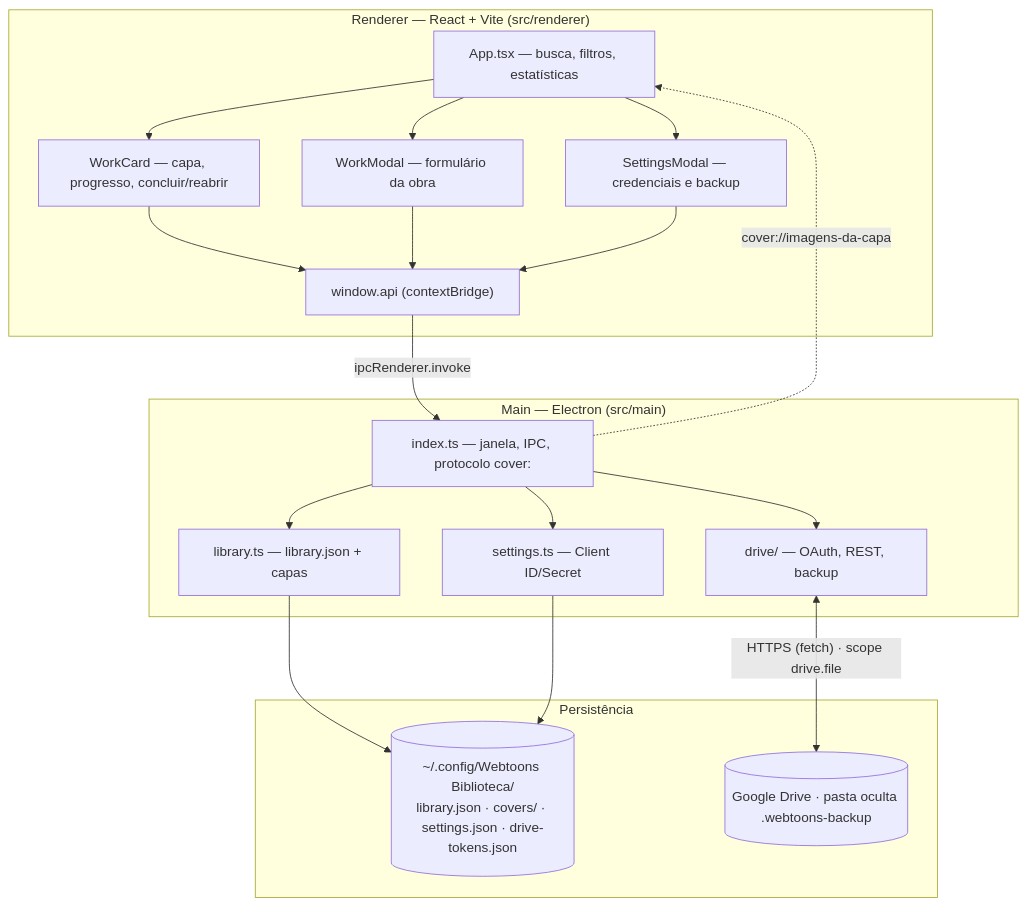
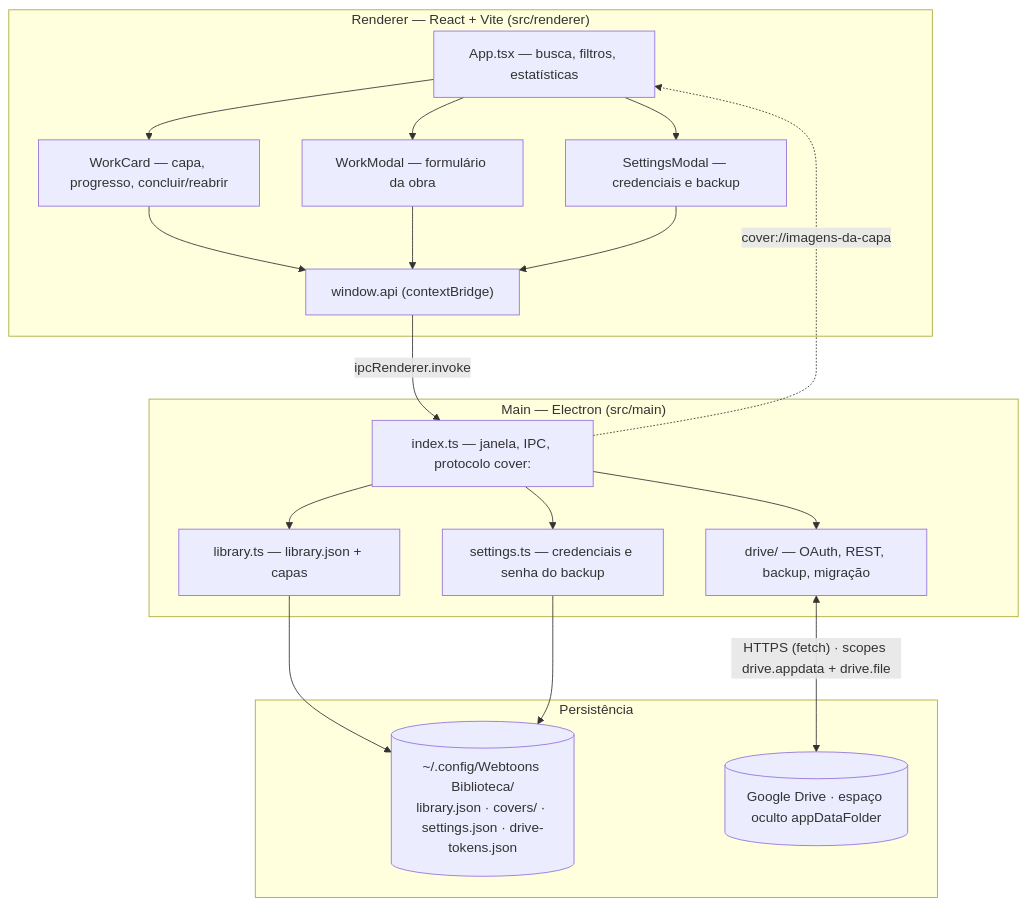
The first of 5 diagrams in README.md (chronos-atalante/chronos-biblioteca), drawn with Mermaid before and after one commit. The commit also changed other lines of this file and 29 other files, not shown here.

````diff
--- a/README.md
+++ b/README.md
@@ -138,35 +145,35 @@
 ```mermaid
 flowchart TD
     subgraph RENDERER["Renderer — React + Vite (src/renderer)"]
         UI1["App.tsx — busca, filtros, estatísticas"]
         UI2["WorkCard — capa, progresso, concluir/reabrir"]
         UI3["WorkModal — formulário da obra"]
         UI4["SettingsModal — credenciais e backup"]
         BRIDGE["window.api (contextBridge)"]
         UI1 --> UI2
         UI1 --> UI3
         UI1 --> UI4
         UI2 --> BRIDGE
         UI3 --> BRIDGE
         UI4 --> BRIDGE
     end
 
     subgraph MAIN["Main — Electron (src/main)"]
         IDX["index.ts — janela, IPC, protocolo cover:"]
         LIB["library.ts — library.json + capas"]
-        SET["settings.ts — Client ID/Secret"]
-        DRV["drive/ — OAuth, REST, backup"]
+        SET["settings.ts — credenciais e senha do backup"]
+        DRV["drive/ — OAuth, REST, backup, migração"]
     end
 
     subgraph STORAGE["Persistência"]
         LOKAL[("~/.config/Webtoons Biblioteca/<br/>library.json · covers/ · settings.json · drive-tokens.json")]
-        DRIVE[("Google Drive · pasta oculta .webtoons-backup")]
+        DRIVE[("Google Drive · espaço oculto appDataFolder")]
     end
 
     BRIDGE -->|"ipcRenderer.invoke"| IDX
     IDX --> LIB --> LOKAL
     IDX --> SET --> LOKAL
     IDX --> DRV
-    DRV <-->|"HTTPS (fetch) · scope drive.file"| DRIVE
+    DRV <-->|"HTTPS (fetch) · scopes drive.appdata + drive.file"| DRIVE
     IDX -.->|"cover://imagens-da-capa"| UI1
 ```
````
